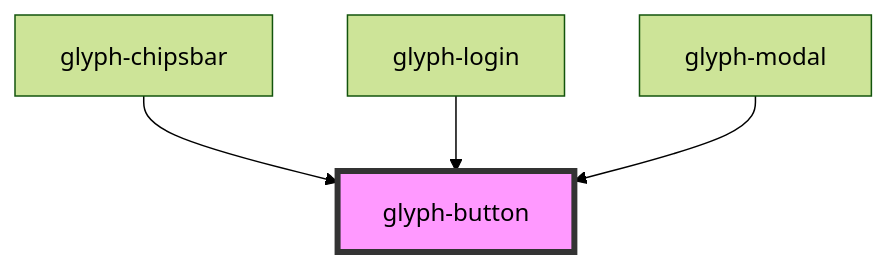
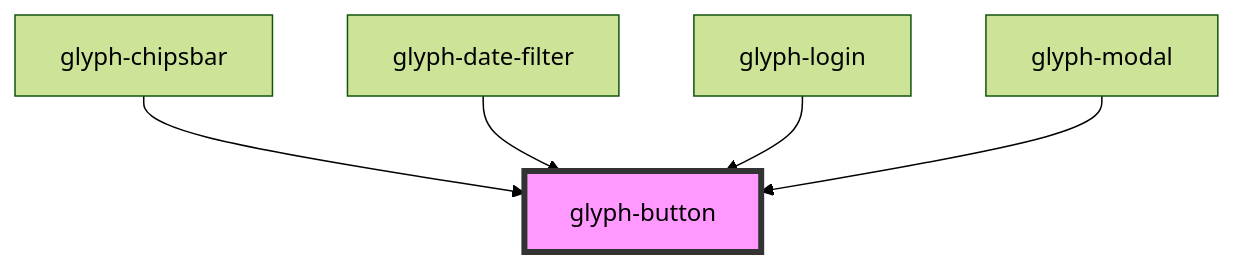
The diagram in packages/glyph-components/src/components/button/readme.md (adrianiy/synth-ui), drawn with Mermaid (forest theme) before and after one commit. The commit also changed other lines of this file and 35 other files, not shown here.

Commit message:
feat(components): add date filter

````diff
--- a/packages/glyph-components/src/components/button/readme.md
+++ b/packages/glyph-components/src/components/button/readme.md
@@ -28,7 +29,8 @@
 ```mermaid
 graph TD;
   glyph-chipsbar --> glyph-button
+  glyph-date-filter --> glyph-button
   glyph-login --> glyph-button
   glyph-modal --> glyph-button
   style glyph-button fill:#f9f,stroke:#333,stroke-width:4px
 ```
````
